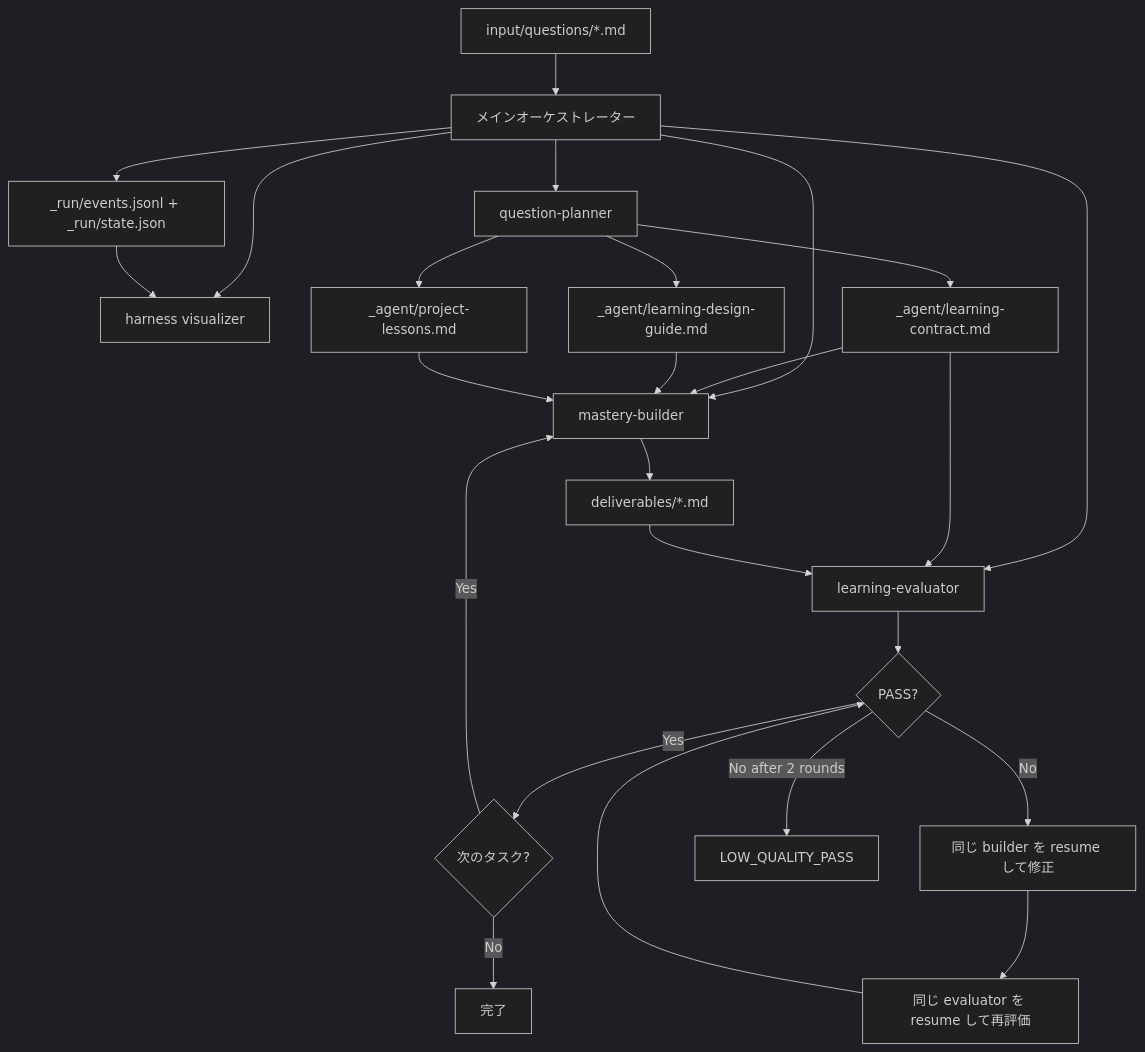
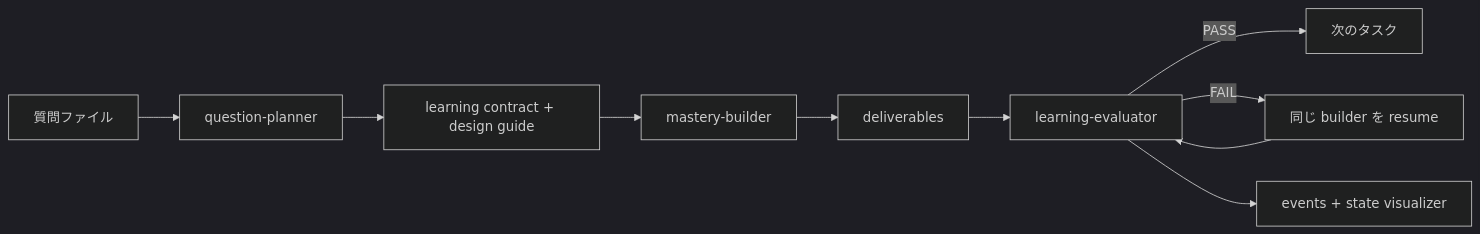
Before and after one commit to CaoYuhaoCarl/SeedX: the diagram in README.ja.md, drawn with Mermaid (dark theme). The commit also changed other lines of this file and 2 other files, not shown here.

````diff
--- a/README.ja.md
+++ b/README.ja.md
@@ -21,32 +97,12 @@
 ```mermaid
-flowchart TD
-    A[input/questions/*.md] --> O[メインオーケストレーター]
-    O --> R[_run/events.jsonl + _run/state.json]
-    O --> V[harness visualizer]
-    R --> V
-
-    O --> B[question-planner]
-    B --> C[_agent/learning-contract.md]
-    B --> C2[_agent/learning-design-guide.md]
-    B --> C3[_agent/project-lessons.md]
-
-    O --> D[mastery-builder]
-    C --> D
-    C2 --> D
-    C3 --> D
-    D --> E[deliverables/*.md]
-
-    O --> F[learning-evaluator]
-    C --> F
-    E --> F
-    F --> G{PASS?}
-
-    G -- Yes --> H{次のタスク?}
-    H -- Yes --> D
-    H -- No --> Z[完了]
-
-    G -- No --> I[同じ builder を resume して修正]
-    I --> J[同じ evaluator を resume して再評価]
-    J --> G
-    G -- No after 2 rounds --> Q[LOW_QUALITY_PASS]
+flowchart LR
+    A[質問ファイル] --> P[question-planner]
+    P --> C[learning contract + design guide]
+    C --> B[mastery-builder]
+    B --> D[deliverables]
+    D --> E[learning-evaluator]
+    E -->|PASS| N[次のタスク]
+    E -->|FAIL| R[同じ builder を resume]
+    R --> E
+    E --> V[events + state visualizer]
 ```
````
